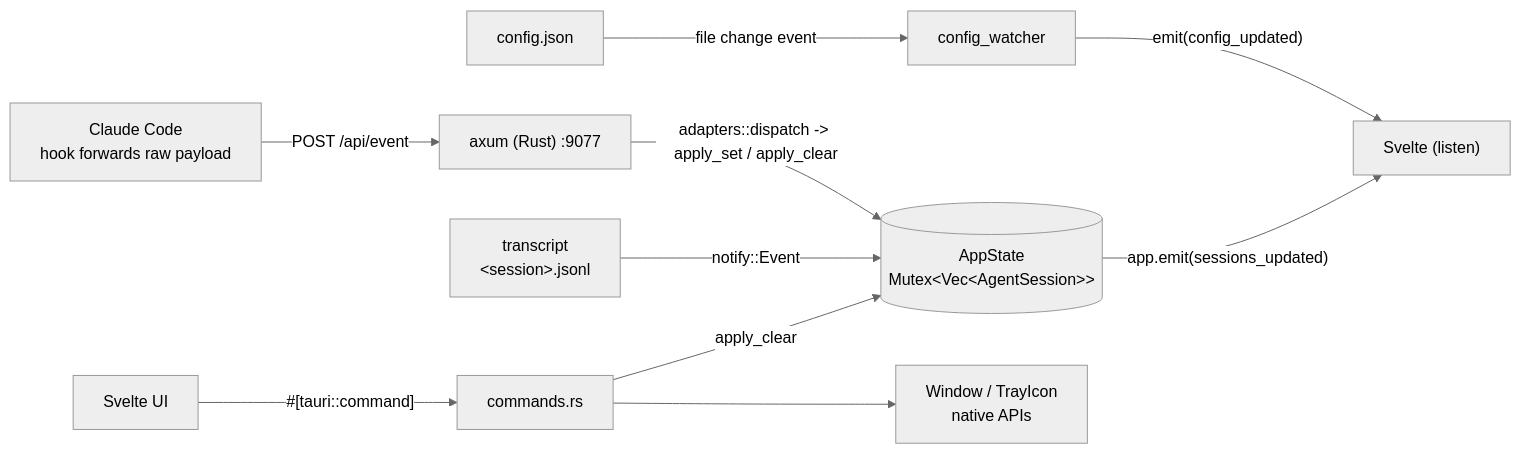
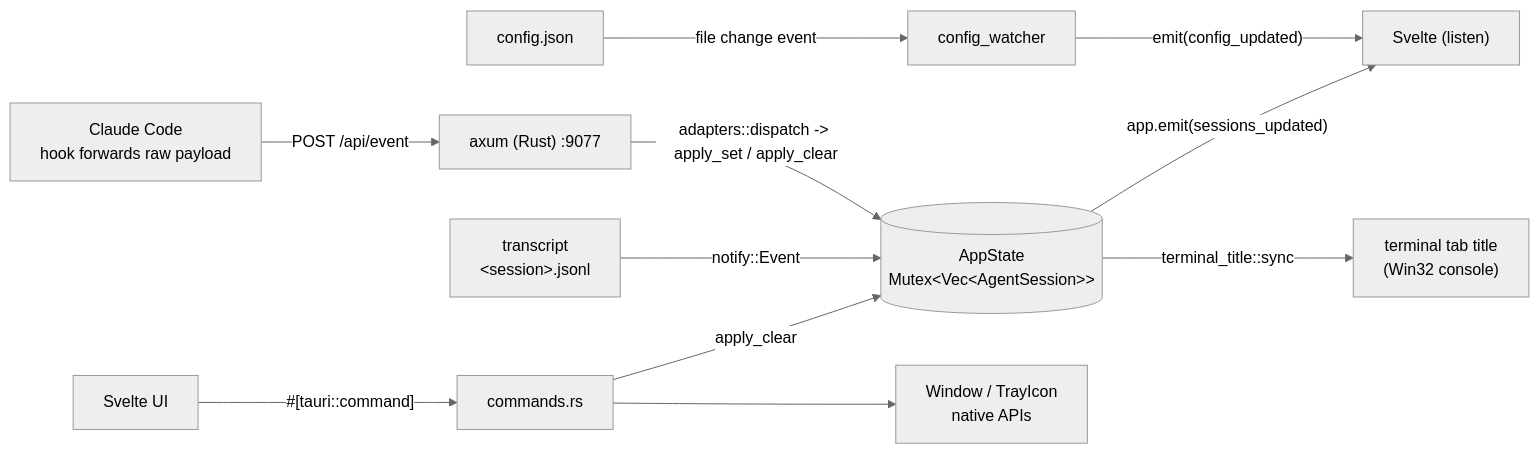
The diagram in docs/pages/development/data-flow.md (AnotherSava/claude-code-dashboard), drawn with Mermaid (neutral theme) before and after one commit. The commit also changed other lines of this file and 13 other files, not shown here.

````diff
--- a/docs/pages/development/data-flow.md
+++ b/docs/pages/development/data-flow.md
@@ -12,24 +12,26 @@
 ```mermaid
 flowchart LR
   CC["Claude Code<br/>hook forwards raw payload"]
   TR["transcript<br/>&lt;session&gt;.jsonl"]
   UI["Svelte UI"]
   CFG["config.json"]
 
   AX["axum (Rust) :9077"]
   CMD["commands.rs"]
   CW["config_watcher"]
   AS[("AppState<br/>Mutex&lt;Vec&lt;AgentSession&gt;&gt;")]
   NATIVE["Window / TrayIcon<br/>native APIs"]
   SV["Svelte (listen)"]
+  TT["terminal tab title<br/>(Win32 console)"]
 
   CC -->|"POST /api/event"| AX
   AX -->|"adapters::dispatch -> apply_set / apply_clear"| AS
   TR -->|"notify::Event"| AS
   UI -->|"#[tauri::command]"| CMD
   CMD -->|"apply_clear"| AS
   CMD --> NATIVE
   CFG -->|"file change event"| CW
   CW -->|"emit(config_updated)"| SV
   AS -->|"app.emit(sessions_updated)"| SV
+  AS -->|"terminal_title::sync"| TT
 ```
````
